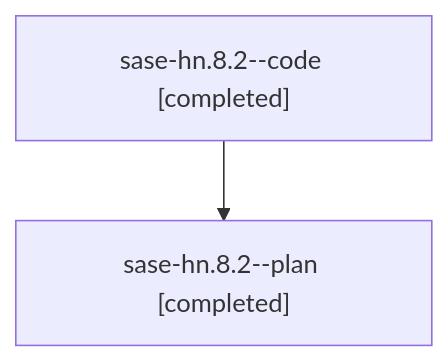
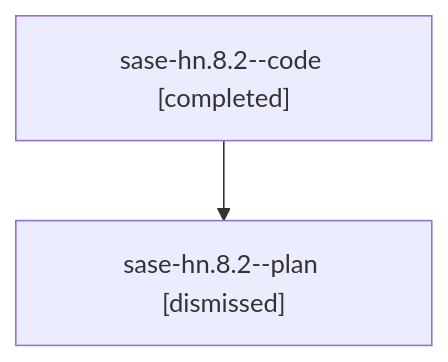
One commit to sase-org/sase--agents changed the diagram in families/bbugyi200.athena.sase-hn.8.2.md. Above: the diagram before and after it, drawn with Mermaid. The commit also changed other lines of this file and 2170 other files, not shown here.

````diff
--- a/families/bbugyi200.athena.sase-hn.8.2.md
+++ b/families/bbugyi200.athena.sase-hn.8.2.md
@@ -9,6 +9,6 @@
 ```mermaid
 flowchart TD
   n0["sase-hn.8.2--code [completed]"]
-  n1["sase-hn.8.2--plan [completed]"]
+  n1["sase-hn.8.2--plan [dismissed]"]
   n0 --> n1
 ```
````
